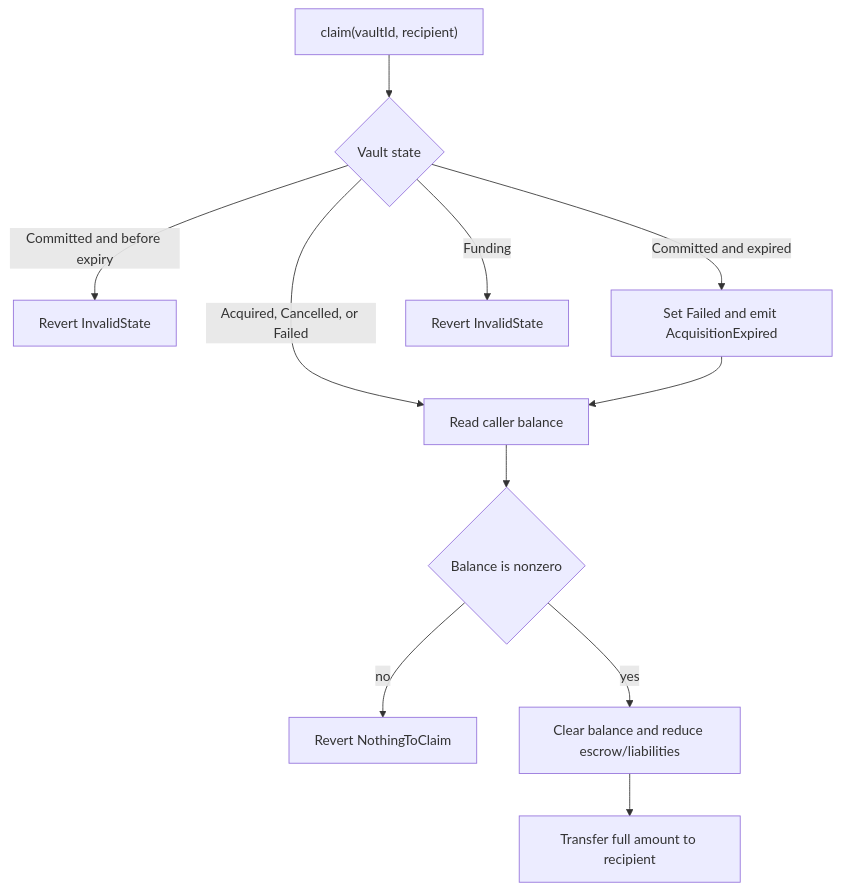
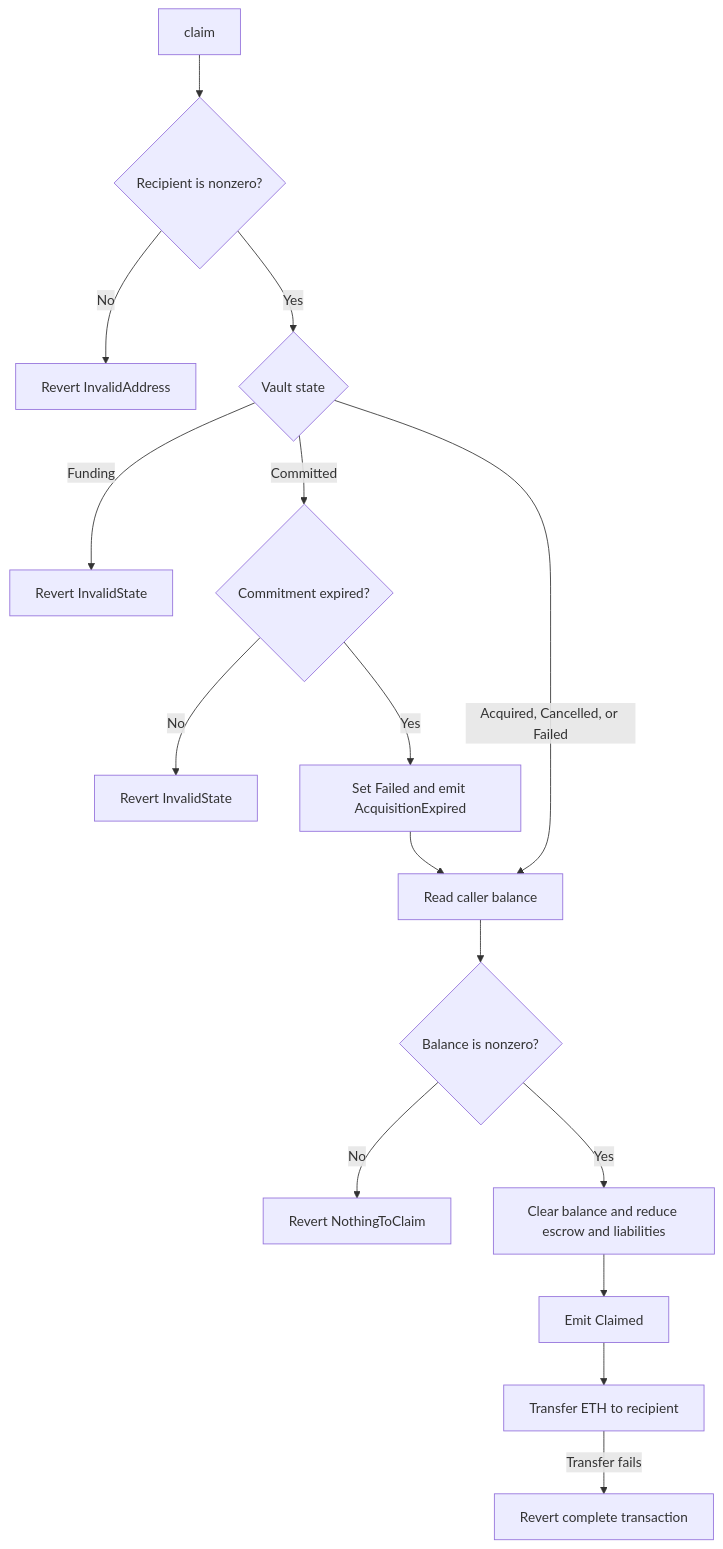
The tenth of 10 diagrams in packages/contracts/ARCHITECTURE.md (thenamespace/ens-diamonds), drawn with Mermaid before and after one commit. The commit also changed other lines of this file and 1 other file, not shown here.

Commit message:
docs(contracts): refine architecture user flows

````diff
--- a/packages/contracts/ARCHITECTURE.md
+++ b/packages/contracts/ARCHITECTURE.md
@@ -843,13 +673,18 @@
 ```mermaid
 flowchart TD
-    Start["claim(vaultId, recipient)"] --> State{"Vault state"}
-    State -->|"Committed and before expiry"| Locked["Revert InvalidState"]
-    State -->|"Committed and expired"| Fail["Set Failed and emit AcquisitionExpired"]
-    State -->|"Acquired, Cancelled, or Failed"| Balance["Read caller balance"]
-    State -->|"Funding"| Invalid["Revert InvalidState"]
-    Fail --> Balance
-    Balance --> Owed{"Balance is nonzero"}
-    Owed -->|"no"| Empty["Revert NothingToClaim"]
-    Owed -->|"yes"| Effects["Clear balance and reduce escrow/liabilities"]
-    Effects --> Transfer["Transfer full amount to recipient"]
+    A["claim"] --> B{"Recipient is nonzero?"}
+    B -->|"No"| BR["Revert InvalidAddress"]
+    B -->|"Yes"| C{"Vault state"}
+    C -->|"Funding"| CR["Revert InvalidState"]
+    C -->|"Committed"| D{"Commitment expired?"}
+    D -->|"No"| DR["Revert InvalidState"]
+    D -->|"Yes"| E["Set Failed and emit AcquisitionExpired"]
+    C -->|"Acquired, Cancelled, or Failed"| F["Read caller balance"]
+    E --> F
+    F --> G{"Balance is nonzero?"}
+    G -->|"No"| GR["Revert NothingToClaim"]
+    G -->|"Yes"| H["Clear balance and reduce escrow and liabilities"]
+    H --> I["Emit Claimed"]
+    I --> J["Transfer ETH to recipient"]
+    J -->|"Transfer fails"| JR["Revert complete transaction"]
 ```
````
